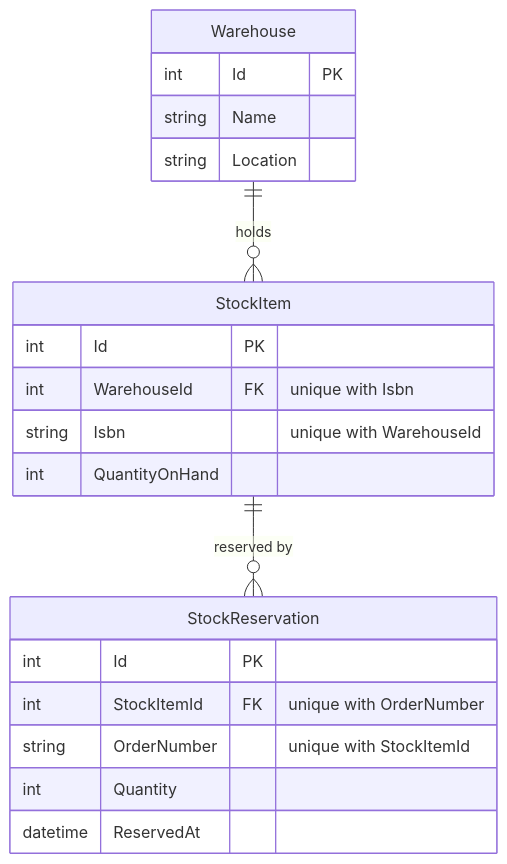
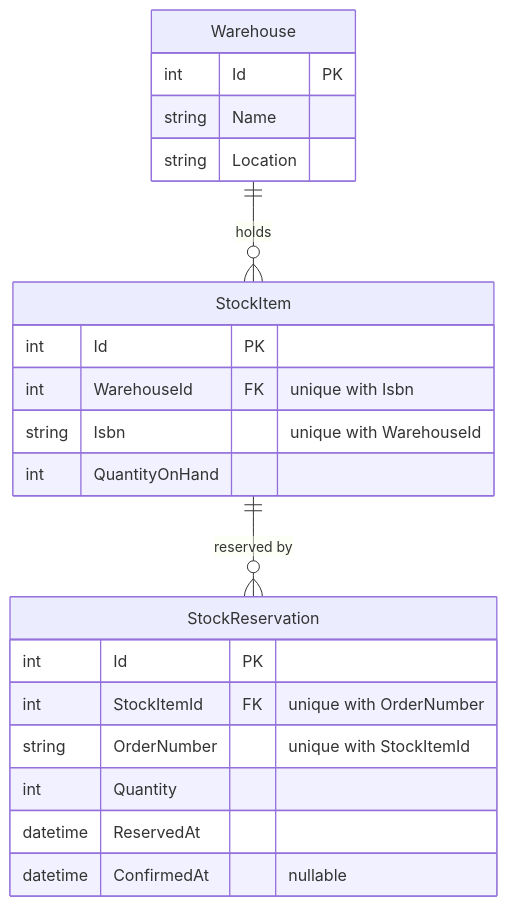
One commit to gmarginet/CleanArchitectureToolkit changed the third of 3 diagrams in demo/README.md. Above: the diagram before and after it, drawn with Mermaid. The commit also changed other lines of this file and 2 other files, not shown here.

First line of the commit message:
Describe the OrderConfirmed message flow in the demo readme and drawing (skip-pub)

````diff
--- a/demo/README.md
+++ b/demo/README.md
@@ -741,24 +774,25 @@
 ```mermaid
 erDiagram
     Warehouse ||--o{ StockItem : holds
     StockItem ||--o{ StockReservation : "reserved by"
 
     Warehouse {
         int Id PK
         string Name
         string Location
     }
     StockItem {
         int Id PK
         int WarehouseId FK "unique with Isbn"
         string Isbn "unique with WarehouseId"
         int QuantityOnHand
     }
     StockReservation {
         int Id PK
         int StockItemId FK "unique with OrderNumber"
         string OrderNumber "unique with StockItemId"
         int Quantity
         datetime ReservedAt
+        datetime ConfirmedAt "nullable"
     }
 ```
````
